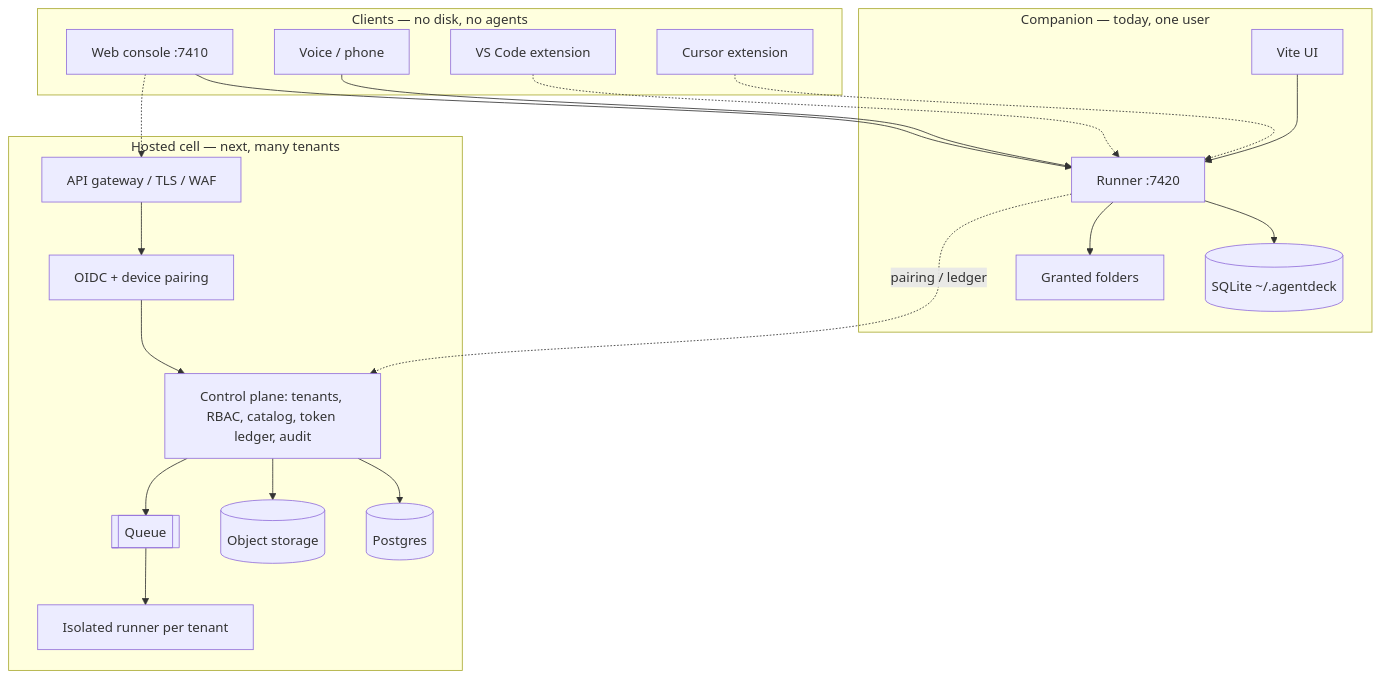
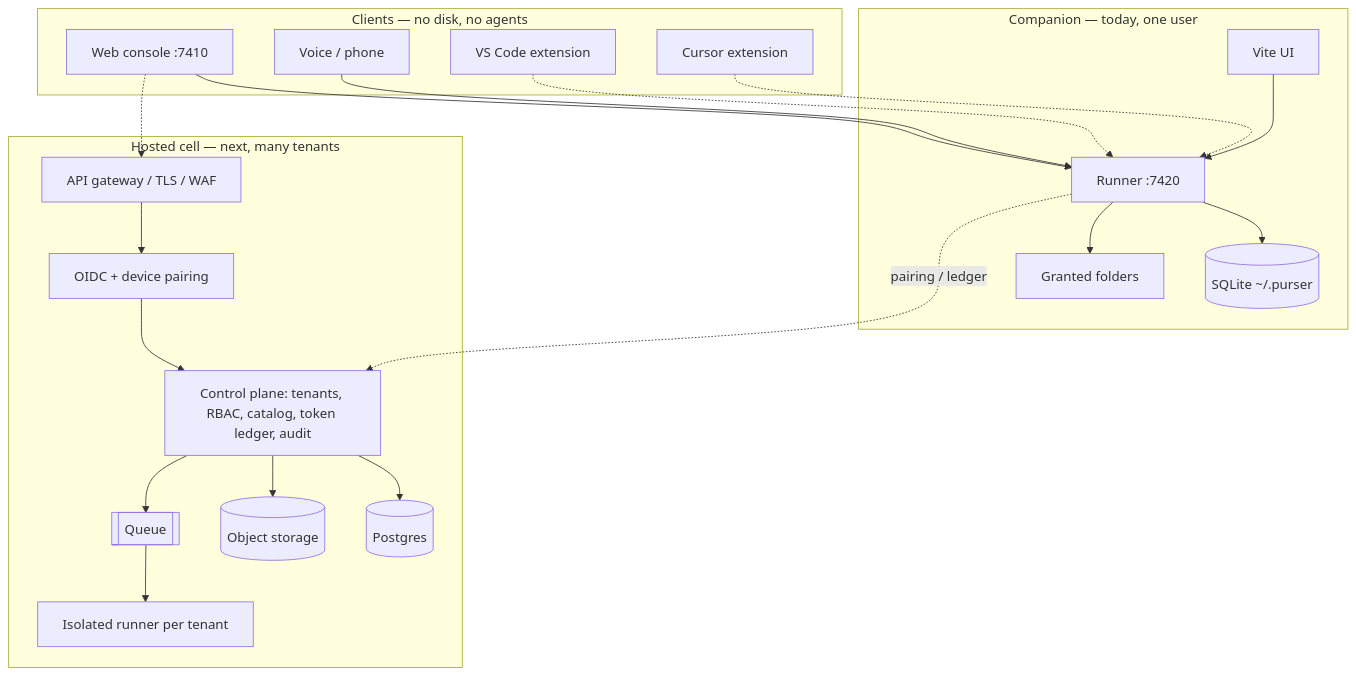
Before and after one commit to purser-sh/purser: the first of 2 diagrams in docs/REVIEW.md, drawn with Mermaid. The commit also changed other lines of this file and 133 other files, not shown here.

````diff
--- a/docs/REVIEW.md
+++ b/docs/REVIEW.md
@@ -127,40 +127,40 @@
 ```mermaid
 flowchart TB
   subgraph clients [Clients — no disk, no agents]
     Web[Web console :7410]
     Voice[Voice / phone]
     VSCode[VS Code extension]
     CursorIDE[Cursor extension]
   end
 
   subgraph companion [Companion — today, one user]
     UI[Vite UI]
     R[Runner :7420]
-    SQLite[(SQLite ~/.agentdeck)]
+    SQLite[(SQLite ~/.purser)]
     Disk[Granted folders]
     UI --> R
     R --> SQLite
     R --> Disk
   end
 
   subgraph cell [Hosted cell — next, many tenants]
     GW[API gateway / TLS / WAF]
     Auth[OIDC + device pairing]
     CP[Control plane: tenants, RBAC, catalog, token ledger, audit]
     PG[(Postgres)]
     Obj[(Object storage)]
     Q[[Queue]]
     Sandbox[Isolated runner per tenant]
     GW --> Auth --> CP
     CP --> PG
     CP --> Obj
     CP --> Q --> Sandbox
   end
 
   Web --> R
   Voice --> R
   VSCode -.-> R
   CursorIDE -.-> R
   Web -.-> GW
   R -. pairing / ledger .-> CP
 ```
````
